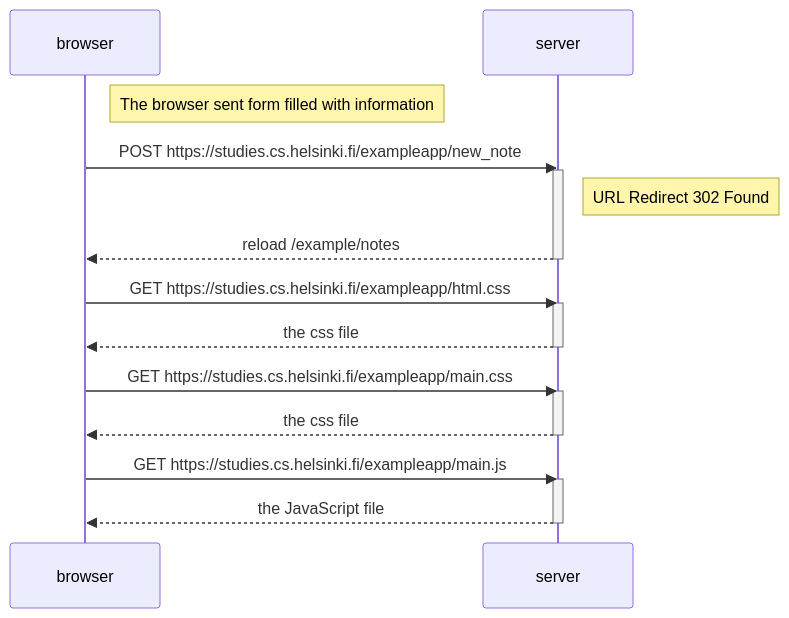
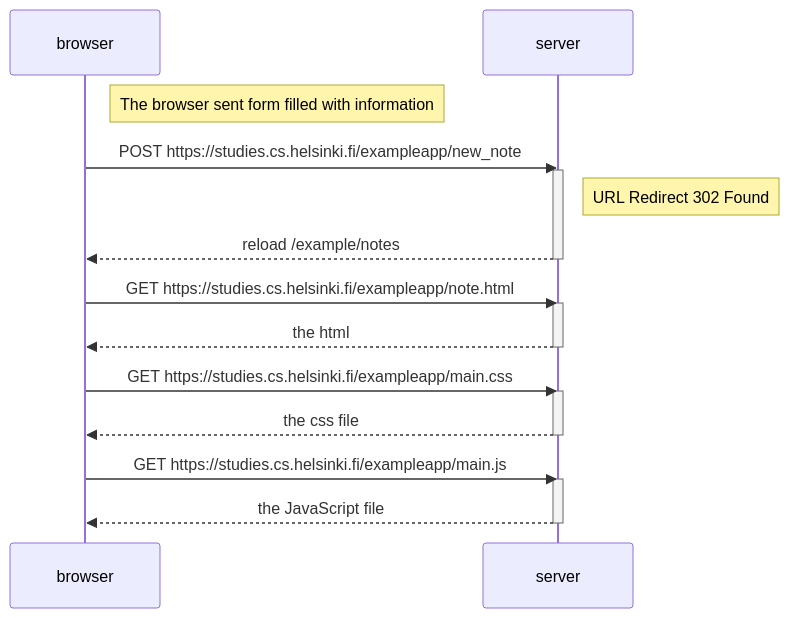
One commit to dhiegoferreira/FullStackOpenCourse changed the diagram in PART0/04-POSTDiagramNotes.MMD. Above: the diagram before and after it, drawn with Mermaid.

Commit message:
fix; Update 04-POSTDiagramNotes.MMD

```diff
--- a/PART0/04-POSTDiagramNotes.MMD
+++ b/PART0/04-POSTDiagramNotes.MMD
@@ -1,25 +1,25 @@
 sequenceDiagram
     participant browser
     participant server
 
     Note right of browser: The browser sent form filled with information
     browser->>server: POST https://studies.cs.helsinki.fi/exampleapp/new_note
     activate server
     Note right of server: URL Redirect 302 Found
     server-->>browser: reload /example/notes
     deactivate server
 
-    browser->>server: GET https://studies.cs.helsinki.fi/exampleapp/html.css
+    browser->>server: GET https://studies.cs.helsinki.fi/exampleapp/note.html
     activate server
-    server-->>browser: the css file
+    server-->>browser: the html
     deactivate server
 
     browser->>server: GET https://studies.cs.helsinki.fi/exampleapp/main.css
     activate server
     server-->>browser: the css file
     deactivate server
 
     browser->>server: GET https://studies.cs.helsinki.fi/exampleapp/main.js
     activate server
     server-->>browser: the JavaScript file
     deactivate server
```
